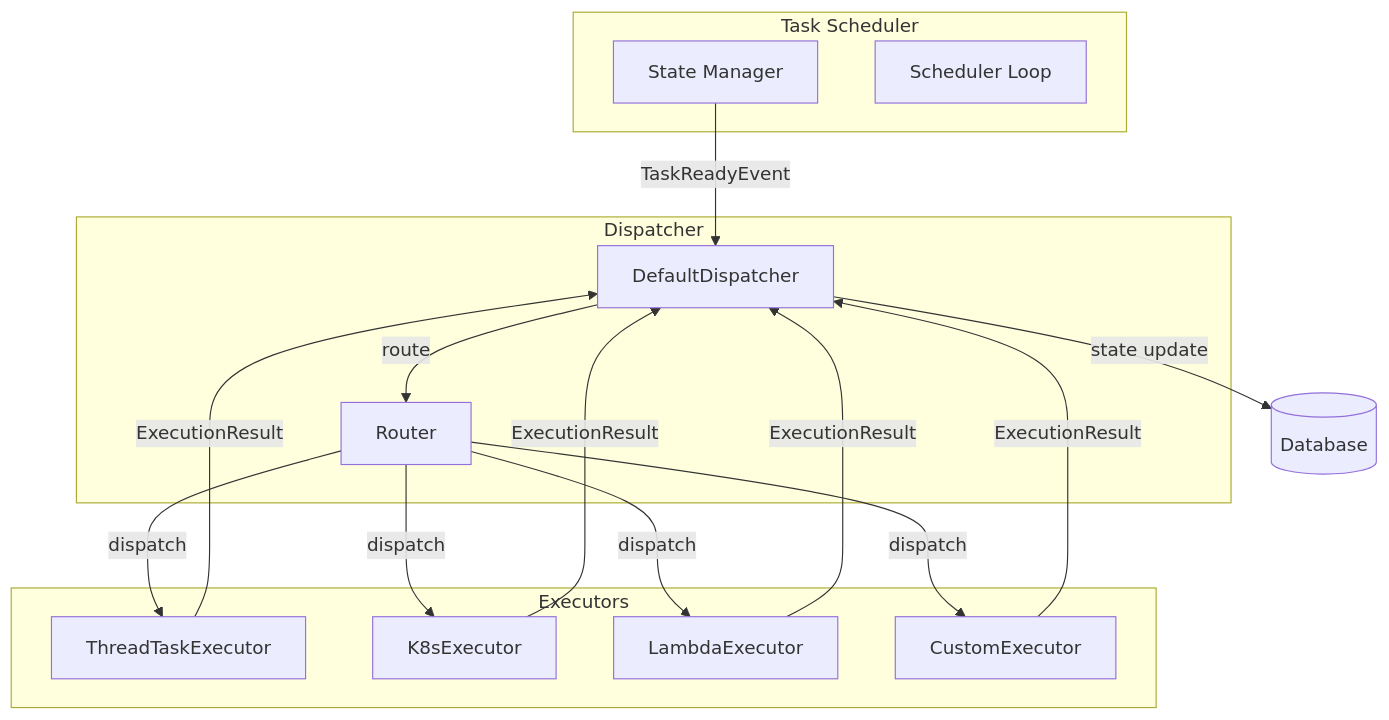
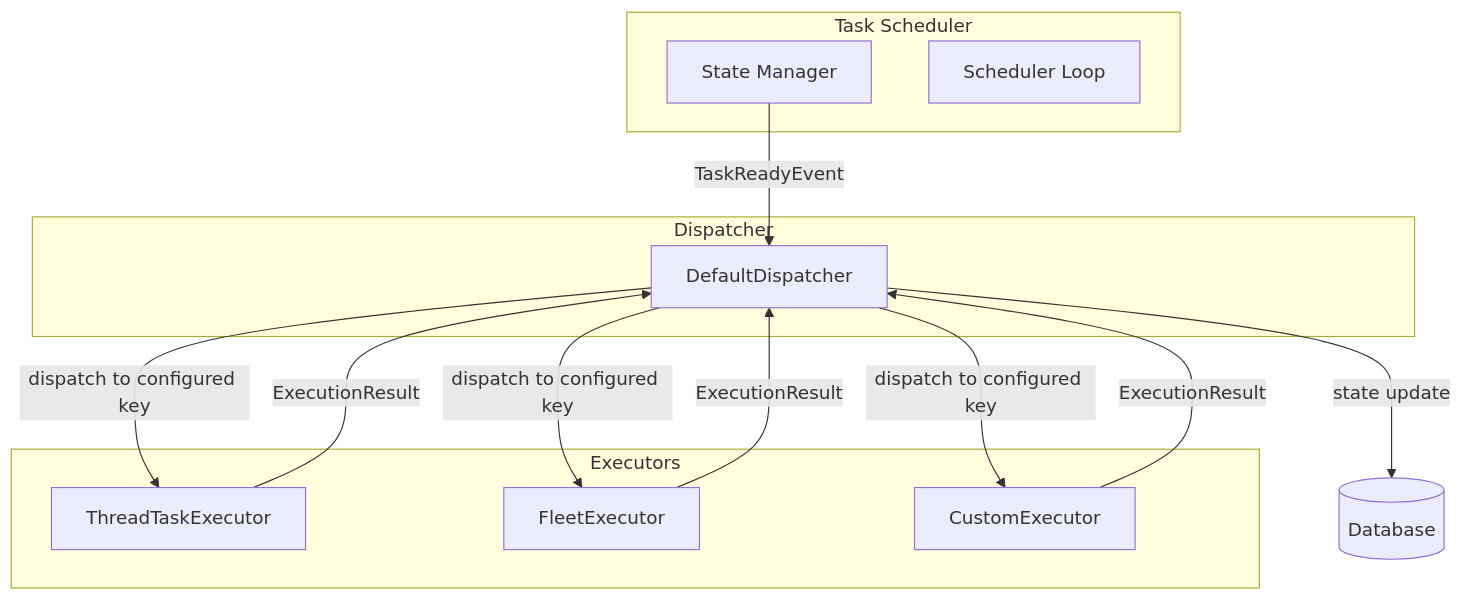
One commit to colliery-io/cloacina changed the first of 2 diagrams in docs/content/workflows/explanation/dispatcher-architecture.md. Above: the diagram before and after it, drawn with Mermaid. The commit also changed other lines of this file and 30 other files, not shown here.

````diff
--- a/docs/content/workflows/explanation/dispatcher-architecture.md
+++ b/docs/content/workflows/explanation/dispatcher-architecture.md
@@ -13,33 +13,28 @@
 ```mermaid
 flowchart TB
     subgraph Scheduler["Task Scheduler"]
         SM[State Manager]
         SL[Scheduler Loop]
     end
 
     subgraph Dispatcher["Dispatcher"]
-        R[Router]
         D[DefaultDispatcher]
     end
 
     subgraph Executors["Executors"]
         THREAD[ThreadTaskExecutor]
-        K8S[K8sExecutor]
-        LAMBDA[LambdaExecutor]
+        FLEET[FleetExecutor]
         CUSTOM[CustomExecutor]
     end
 
     SM -->|TaskReadyEvent| D
-    D -->|route| R
-    R -->|dispatch| THREAD
-    R -->|dispatch| K8S
-    R -->|dispatch| LAMBDA
-    R -->|dispatch| CUSTOM
+    D -->|dispatch to configured key| THREAD
+    D -->|dispatch to configured key| FLEET
+    D -->|dispatch to configured key| CUSTOM
 
     THREAD -->|ExecutionResult| D
-    K8S -->|ExecutionResult| D
-    LAMBDA -->|ExecutionResult| D
+    FLEET -->|ExecutionResult| D
     CUSTOM -->|ExecutionResult| D
 
     D -->|state update| DB[(Database)]
 ```
````
